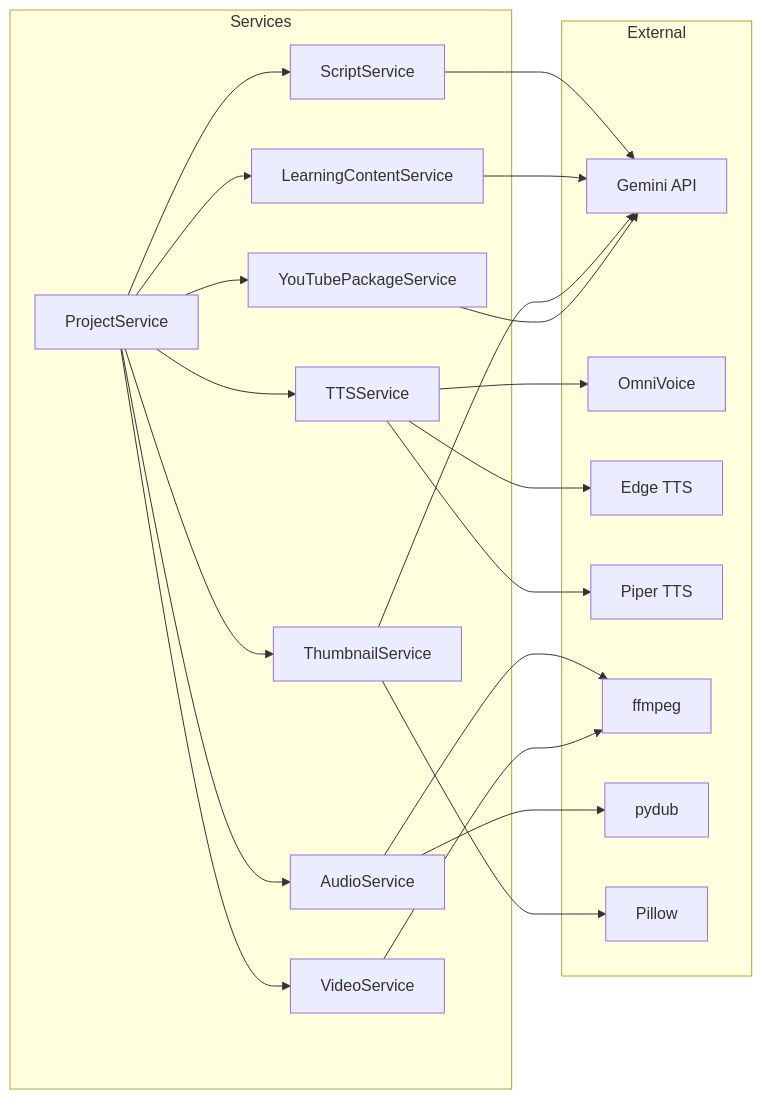
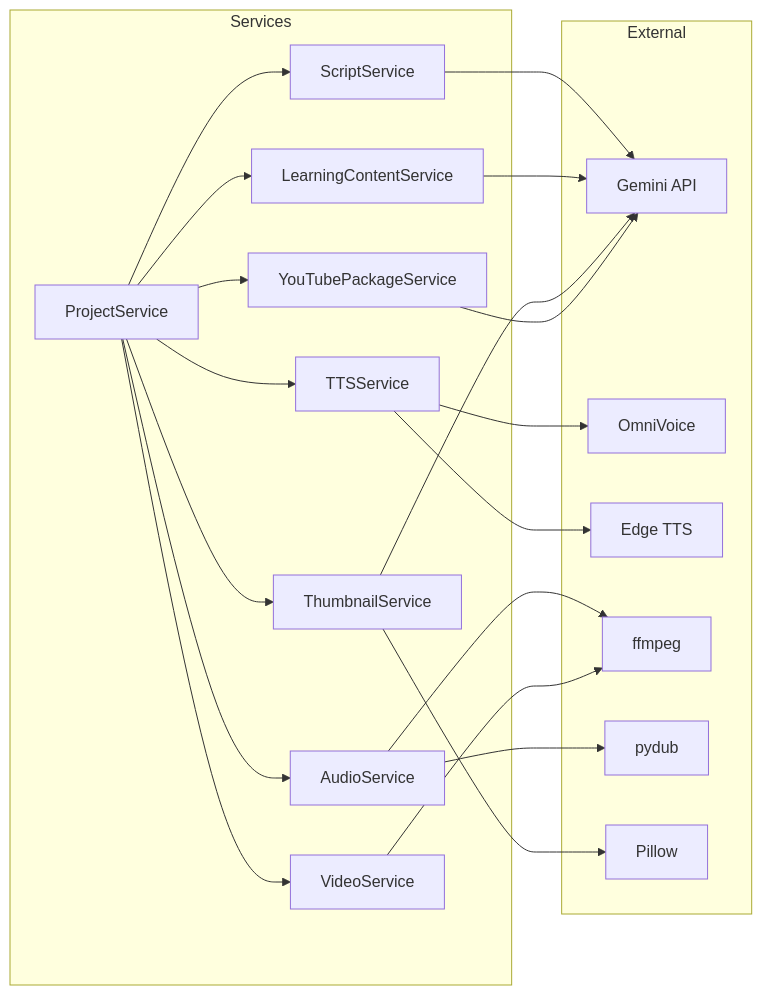
Before and after one commit to danghoangsqtt-sys/dailyintelenglish: the third of 3 diagrams in .viepilot/ARCHITECTURE.md, drawn with Mermaid. The commit also changed other lines of this file and 25 other files, not shown here.

````diff
--- a/.viepilot/ARCHITECTURE.md
+++ b/.viepilot/ARCHITECTURE.md
@@ -170,32 +173,31 @@
 ```mermaid
 graph LR
     subgraph Services
         SS[ScriptService]
         LCS[LearningContentService]
         TS[TTSService]
         AS[AudioService]
         VS[VideoService]
         THS[ThumbnailService]
         YTS[YouTubePackageService]
         PS[ProjectService]
     end
 
     subgraph External
         GEM[Gemini API]
         OV[OmniVoice]
         ET[Edge TTS]
-        PT[Piper TTS]
         FF[ffmpeg]
         PD[pydub]
         PI[Pillow]
     end
 
     SS --> GEM
     LCS --> GEM
-    TS --> OV & ET & PT
+    TS --> OV & ET
     AS --> FF & PD
     VS --> FF
     THS --> GEM & PI
     YTS --> GEM
     PS --> SS & LCS & TS & AS & VS & THS & YTS
 ```
````
